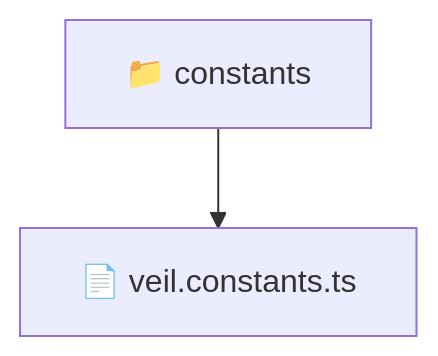
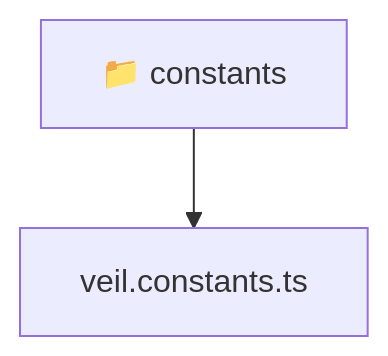
One commit to beginwebdev2002/fullstack-mavluda changed the diagram in frontend/src/entities/veil/constants/README.md. Above: the diagram before and after it, drawn with Mermaid. The commit also changed other lines of this file and 167 other files, not shown here.

````diff
--- a/frontend/src/entities/veil/constants/README.md
+++ b/frontend/src/entities/veil/constants/README.md
@@ -11,5 +11,6 @@
 ```mermaid
 graph TD
-  Root["📁 constants"]
-  Root --> veil_constants_ts["📄 veil.constants.ts"]
+  Root_constants["📁 constants"]
+  f_veil_constants_ts["veil.constants.ts"]
+  Root_constants --> f_veil_constants_ts
 ```
````
